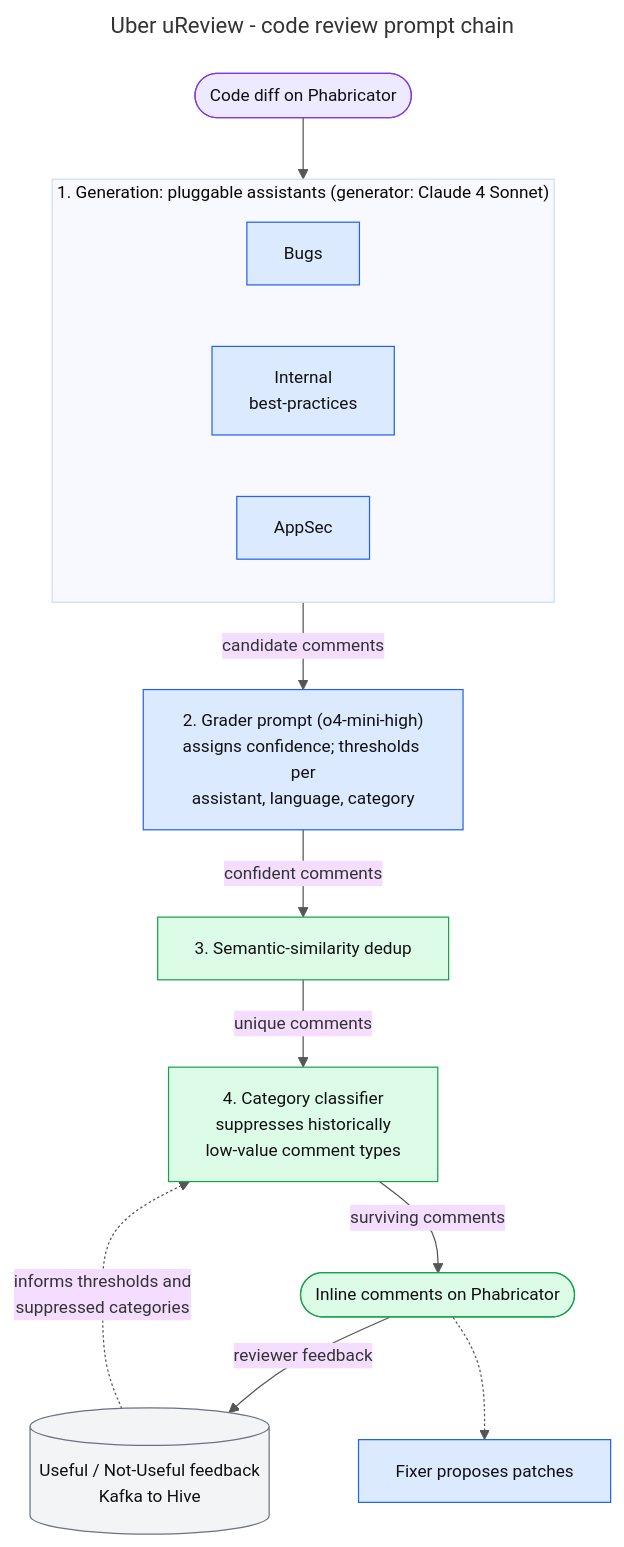
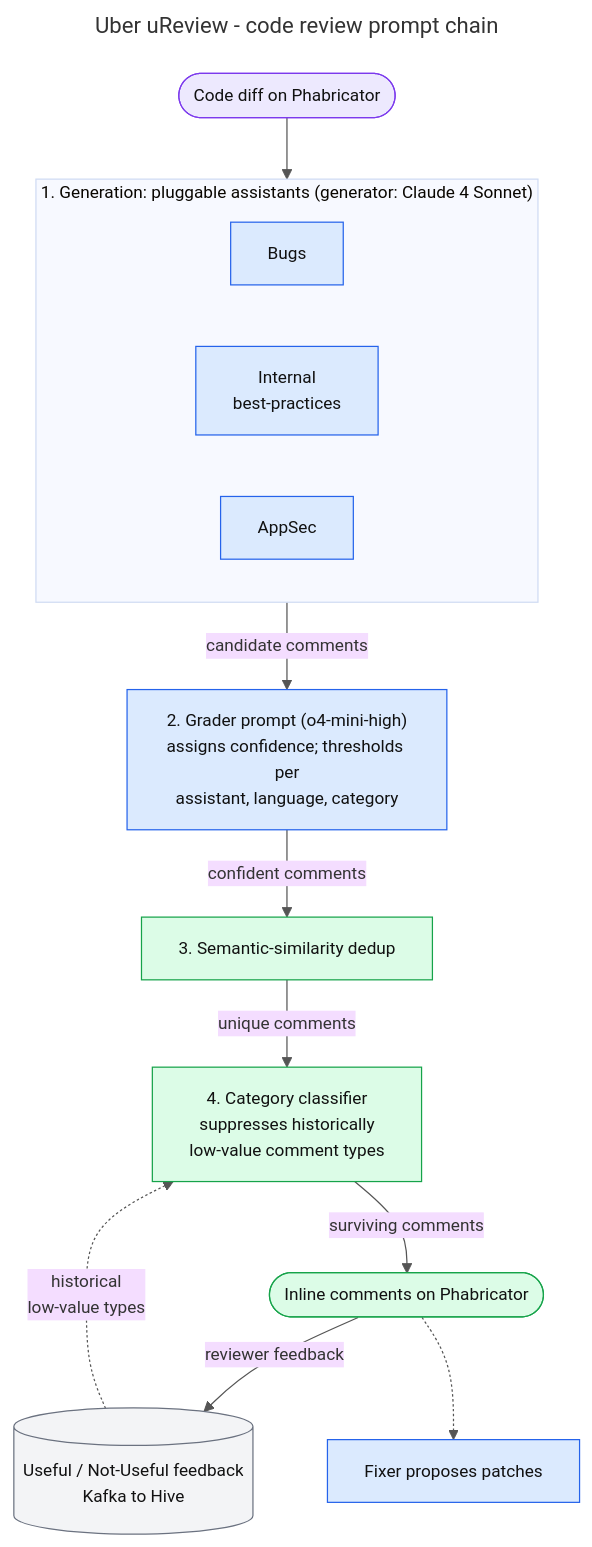
One commit to Joy9001/Arno changed the diagram in docs/research/agentic-system-design/diagrams/cs-uber-ureview-prompt-chain.mmd. Above: the diagram before and after it, drawn with Mermaid. The commit also changed 5 other files, not shown here.

First line of the commit message:
docs(research): add case-study diagrams (WIP)

```diff
--- a/docs/research/agentic-system-design/diagrams/cs-uber-ureview-prompt-chain.mmd
+++ b/docs/research/agentic-system-design/diagrams/cs-uber-ureview-prompt-chain.mmd
@@ -1,33 +1,33 @@
 ---
 title: Uber uReview - code review prompt chain
 ---
 %%{init: {"theme":"base","themeVariables":{"fontFamily":"Helvetica, Arial, sans-serif","fontSize":"14px","lineColor":"#555555","background":"#ffffff"}}}%%
 flowchart TD
   D([Code diff on Phabricator]):::ext
   subgraph GEN ["1. Generation: pluggable assistants (generator: Claude 4 Sonnet)"]
     direction LR
     A1["Bugs"]:::llm
     A2["Internal<br/>best-practices"]:::llm
     A3["AppSec"]:::llm
   end
   GR["2. Grader prompt (o4-mini-high)<br/>assigns confidence; thresholds per<br/>assistant, language, category"]:::llm
   DD["3. Semantic-similarity dedup"]:::code
   CL["4. Category classifier<br/>suppresses historically<br/>low-value comment types"]:::code
   OUT([Inline comments on Phabricator]):::code
   FB[("Useful / Not-Useful feedback<br/>Kafka to Hive")]:::store
   FX["Fixer proposes patches"]:::llm
 
   D --> GEN
   GEN -->|candidate comments| GR
   GR -->|confident comments| DD
   DD -->|unique comments| CL
   CL -->|surviving comments| OUT
   OUT -->|reviewer feedback| FB
   OUT -.-> FX
-  FB -.->|informs thresholds and<br/>suppressed categories| CL
+  FB -.->|historical<br/>low-value types| CL
   classDef llm fill:#DBEAFE,stroke:#2563EB,color:#111;
   classDef code fill:#DCFCE7,stroke:#16A34A,color:#111;
   classDef human fill:#FFEDD5,stroke:#EA580C,color:#111;
   classDef risk fill:#FEE2E2,stroke:#DC2626,color:#111;
   classDef store fill:#F3F4F6,stroke:#6B7280,color:#111;
   classDef ext fill:#EDE9FE,stroke:#7C3AED,color:#111;
```
